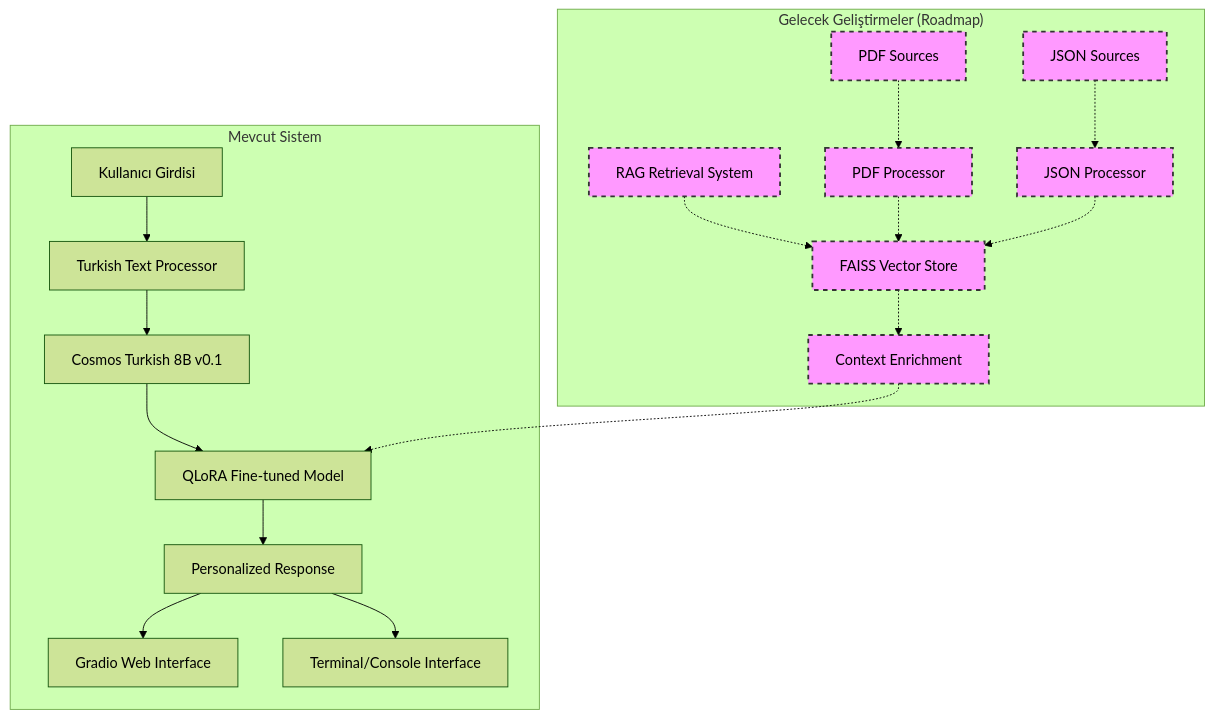
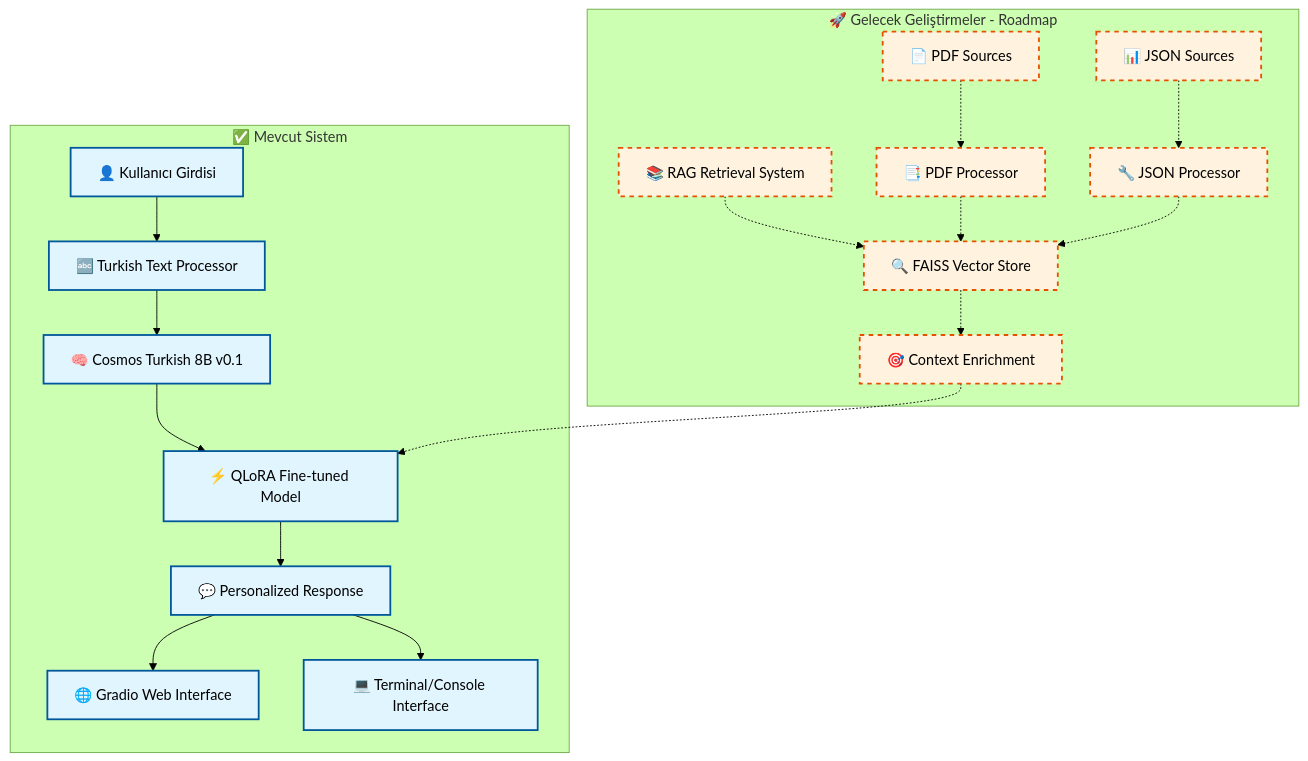
Before and after one commit to FitTurkAI/FitTurkAI: the diagram in README.md, drawn with Mermaid (forest theme).

````diff
--- a/README.md
+++ b/README.md
@@ -53,29 +53,27 @@
 ```mermaid
 graph TB
-    subgraph "Mevcut Sistem"
-        A[Kullanıcı Girdisi] --> B[Turkish Text Processor]
-        B --> C[Cosmos Turkish 8B v0.1]
-        C --> D[QLoRA Fine-tuned Model]
-        D --> E[Personalized Response]
-        E --> F[Gradio Web Interface]
-        E --> G[Terminal/Console Interface]
+ subgraph "✅ Mevcut Sistem"
+        A["👤 Kullanıcı Girdisi"] --> B["🔤 Turkish Text Processor"]
+        B --> C["🧠 Cosmos Turkish 8B v0.1"]
+        C --> D["⚡ QLoRA Fine-tuned Model"]
+        D --> E["💬 Personalized Response"]
+        E --> F["🌐 Gradio Web Interface"]
+        E --> G["💻 Terminal/Console Interface"]
     end
     
-    subgraph "Gelecek Geliştirmeler (Roadmap)" 
-        H[RAG Retrieval System] -.-> I[FAISS Vector Store]
-        J[PDF Sources] -.-> K[PDF Processor]
-        L[JSON Sources] -.-> M[JSON Processor]
+    subgraph "🚀 Gelecek Geliştirmeler - Roadmap"
+        H["📚 RAG Retrieval System"] -.-> I["🔍 FAISS Vector Store"]
+        J["📄 PDF Sources"] -.-> K["📑 PDF Processor"]
+        L["📊 JSON Sources"] -.-> M["🔧 JSON Processor"]
         K -.-> I
         M -.-> I
-        I -.-> N[Context Enrichment]
+        I -.-> N["🎯 Context Enrichment"]
         N -.-> D
     end
     
-    style H fill:#f9f,stroke:#333,stroke-width:2px,stroke-dasharray: 5 5
-    style I fill:#f9f,stroke:#333,stroke-width:2px,stroke-dasharray: 5 5
-    style J fill:#f9f,stroke:#333,stroke-width:2px,stroke-dasharray: 5 5
-    style K fill:#f9f,stroke:#333,stroke-width:2px,stroke-dasharray: 5 5
-    style L fill:#f9f,stroke:#333,stroke-width:2px,stroke-dasharray: 5 5
-    style M fill:#f9f,stroke:#333,stroke-width:2px,stroke-dasharray: 5 5
-    style N fill:#f9f,stroke:#333,stroke-width:2px,stroke-dasharray: 5 5
+    classDef current fill:#e1f5fe,stroke:#01579b,stroke-width:2px
+    classDef future fill:#fff3e0,stroke:#e65100,stroke-width:2px,stroke-dasharray: 5 5
+    
+    class A,B,C,D,E,F,G current
+    class H,I,J,K,L,M,N future
 ```
````
